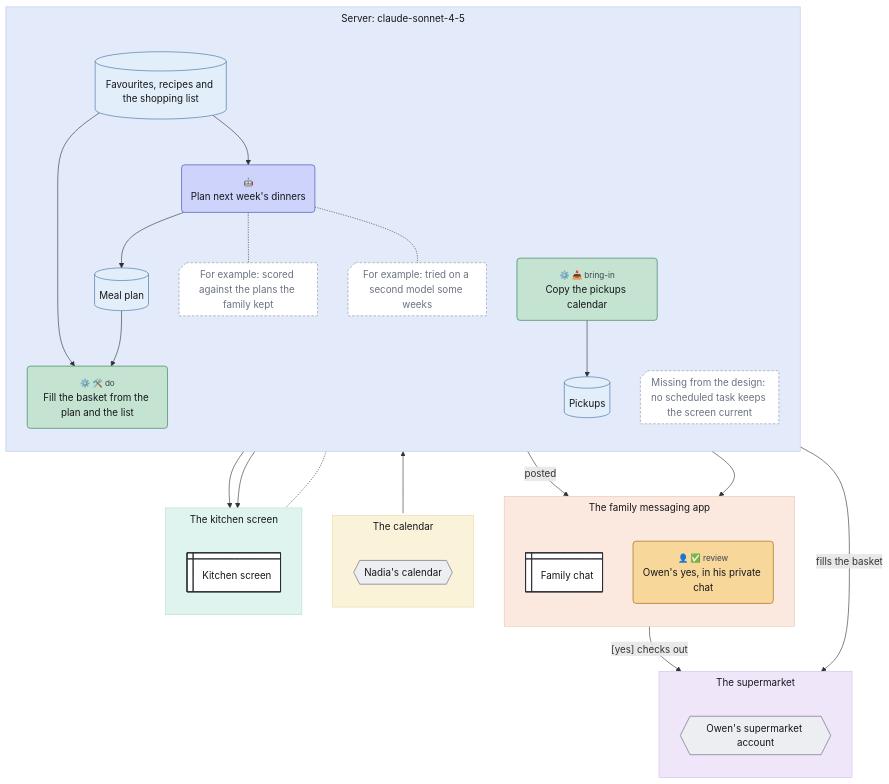
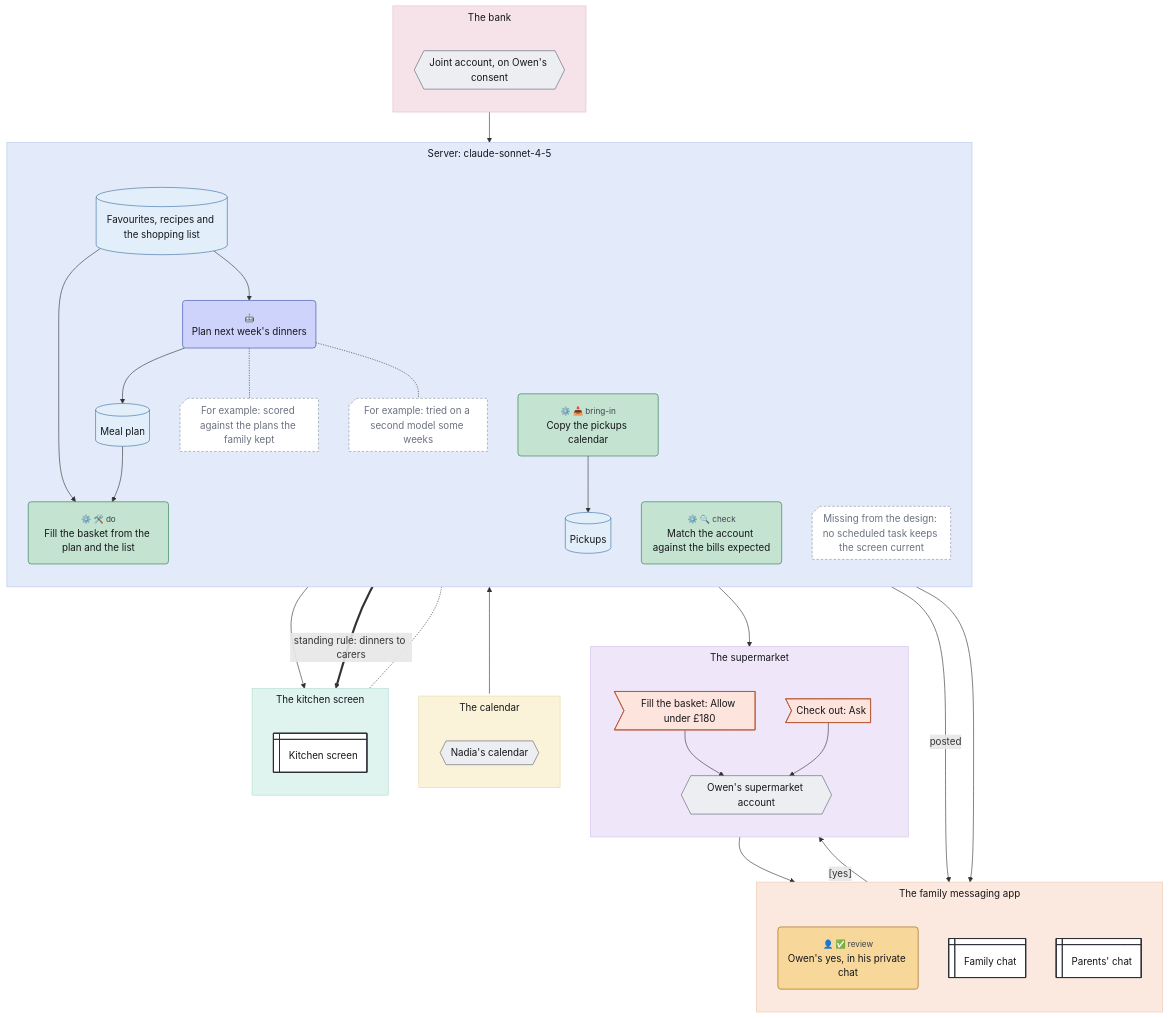
One commit to chrismdp/awml changed the diagram in examples/dinners-platform.mmd. Above: the diagram before and after it, drawn with Mermaid. The commit also changed 14 other files, not shown here.

```diff
--- a/examples/dinners-platform.mmd
+++ b/examples/dinners-platform.mmd
@@ -1,79 +1,93 @@
 ---
 config:
   theme: default
   fontFamily: Inter, sans-serif
   flowchart:
     useMaxWidth: false
     subGraphTitleMargin:
       top: 6
       bottom: 30
 ---
 flowchart TB
   subgraph server["Server#58; claude#45;sonnet#45;4#45;5"]
     direction TB
     favourites[("Favourites#44; recipes and the shopping list")]
     plan("<small style='color:rgb(61,67,79)'>🤖</small><br>Plan next week#39;s dinners")
     mealplan[("Meal plan")]
     fill("<small style='color:rgb(61,67,79)'>⚙️ 🛠️ do</small><br>Fill the basket from the plan and the list")
     copy("<small style='color:rgb(61,67,79)'>⚙️ 📥 bring-in</small><br>Copy the pickups calendar")
     pickups[("Pickups")]
+    match("<small style='color:rgb(61,67,79)'>⚙️ 🔍 check</small><br>Match the account against the bills expected")
     screen_gap@{ shape: notch-rect, label: "Missing from the design#58; no scheduled task keeps the screen current" }
     scored@{ shape: notch-rect, label: "For example#58; scored against the plans the family kept" }
     tried@{ shape: notch-rect, label: "For example#58; tried on a second model some weeks" }
   end
   subgraph app["The family messaging app"]
     direction TB
+    approve("<small style='color:rgb(61,67,79)'>👤 ✅ review</small><br>Owen#39;s yes#44; in his private chat")
     chat@{ shape: win-pane, label: "Family chat" }
-    approve("<small style='color:rgb(61,67,79)'>👤 ✅ review</small><br>Owen#39;s yes#44; in his private chat")
+    parents_chat@{ shape: win-pane, label: "Parents#39; chat" }
   end
   subgraph supermarket["The supermarket"]
     direction TB
+    basket>"Fill the basket#58; Allow under £180"]
+    checkout>"Check out#58; Ask"]
     shop{{"Owen#39;s supermarket account"}}
   end
   subgraph calendars["The calendar"]
     direction TB
     calendar{{"Nadia#39;s calendar"}}
   end
   subgraph wall["The kitchen screen"]
     direction TB
     screen@{ shape: win-pane, label: "Kitchen screen" }
   end
+  subgraph banking["The bank"]
+    direction TB
+    bank{{"Joint account#44; on Owen#39;s consent"}}
+  end
 
   favourites --> plan
   plan --> mealplan
   mealplan -->|"posted"| chat
   mealplan --> fill
   favourites --> fill
-  fill -->|"fills the basket"| shop
-  fill --> approve
-  approve -->|"#91;yes#93; checks out"| shop
+  fill --> basket
+  basket --> shop
+  basket --> approve
+  approve -->|"#91;yes#93;"| checkout
+  checkout --> shop
   copy <--> calendar
   copy --> pickups
   pickups --> screen
-  mealplan --> screen
+  mealplan ==>|"standing rule#58; dinners to carers"| screen
   screen_gap -.- screen
   plan -.- scored
   plan -.- tried
+  bank --> match
+  match --> parents_chat
   classDef trig fill:#fbe1ee,stroke:#a33a74,color:#16171b
   classDef ctx fill:#e2eef9,stroke:#3d6fa3,color:#16171b
   classDef con fill:#eceef2,stroke:#5d6472,color:#16171b
   classDef surf fill:#ffffff,stroke:#2a2d35,stroke-width:1.5px,color:#16171b
   classDef out fill:#fde4dc,stroke:#b5532f,color:#16171b
   classDef ai fill:#cdd3fb,stroke:#3b4bb0,color:#16171b
   classDef code fill:#c4e3d1,stroke:#2b7a4f,color:#16171b
   classDef person fill:#f7d79a,stroke:#9a6100,color:#16171b
   classDef uml fill:#16171b,stroke:#16171b,color:#16171b
   classDef gap fill:#ffffff,stroke:#8a93a3,stroke-dasharray:4 3,color:#6b7280
   class favourites,mealplan,pickups ctx
-  class shop,calendar con
-  class chat,screen surf
+  class shop,bank,calendar con
+  class chat,parents_chat,screen surf
+  class basket,checkout out
   class plan ai
-  class fill,copy code
+  class fill,copy,match code
   class approve person
   class screen_gap,scored,tried gap
   style server fill:#e3ebfa,stroke:#b9c8e8,color:#16171b
   style app fill:#fbe9df,stroke:#ecc7b2,color:#16171b
   style supermarket fill:#efe6fa,stroke:#d3c2ea,color:#16171b
   style calendars fill:#fbf3d9,stroke:#e8d9a6,color:#16171b
   style wall fill:#dff3ef,stroke:#b4ddd4,color:#16171b
-  linkStyle 8 marker-end:none
+  style banking fill:#f6e3ea,stroke:#e3bccb,color:#16171b
+  linkStyle 10 marker-end:none
```
